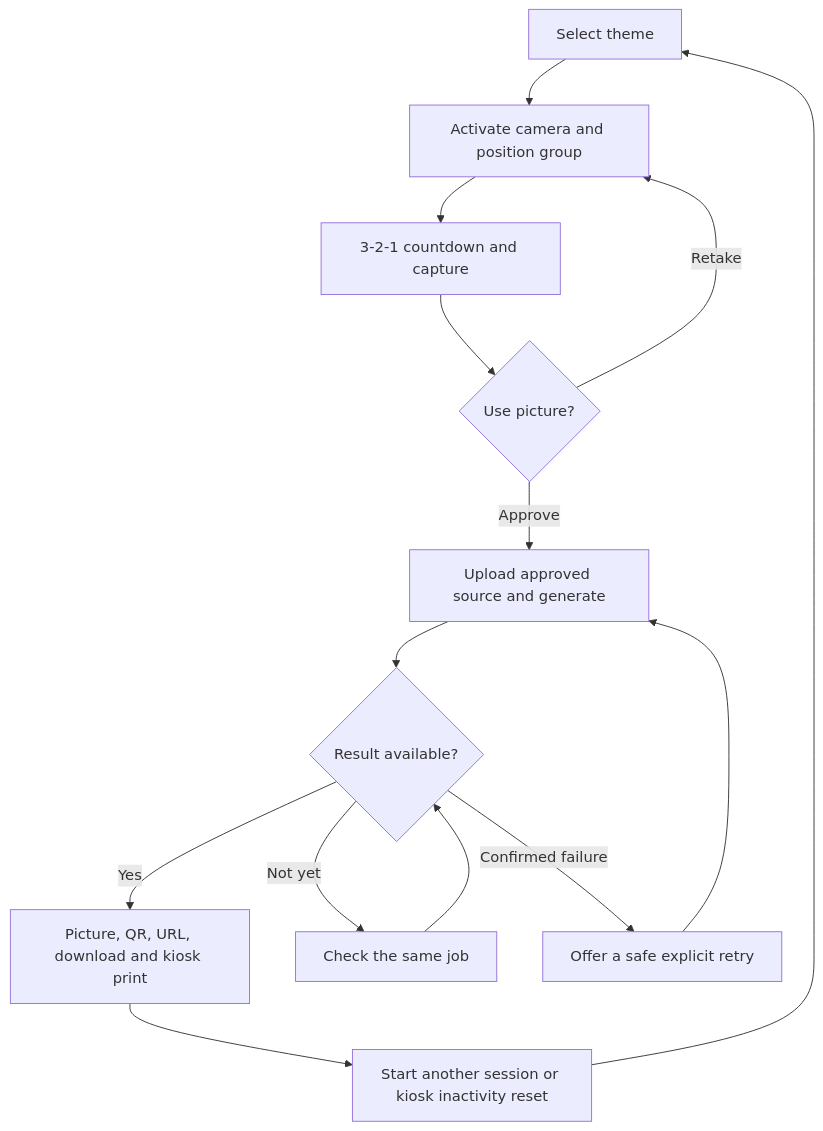
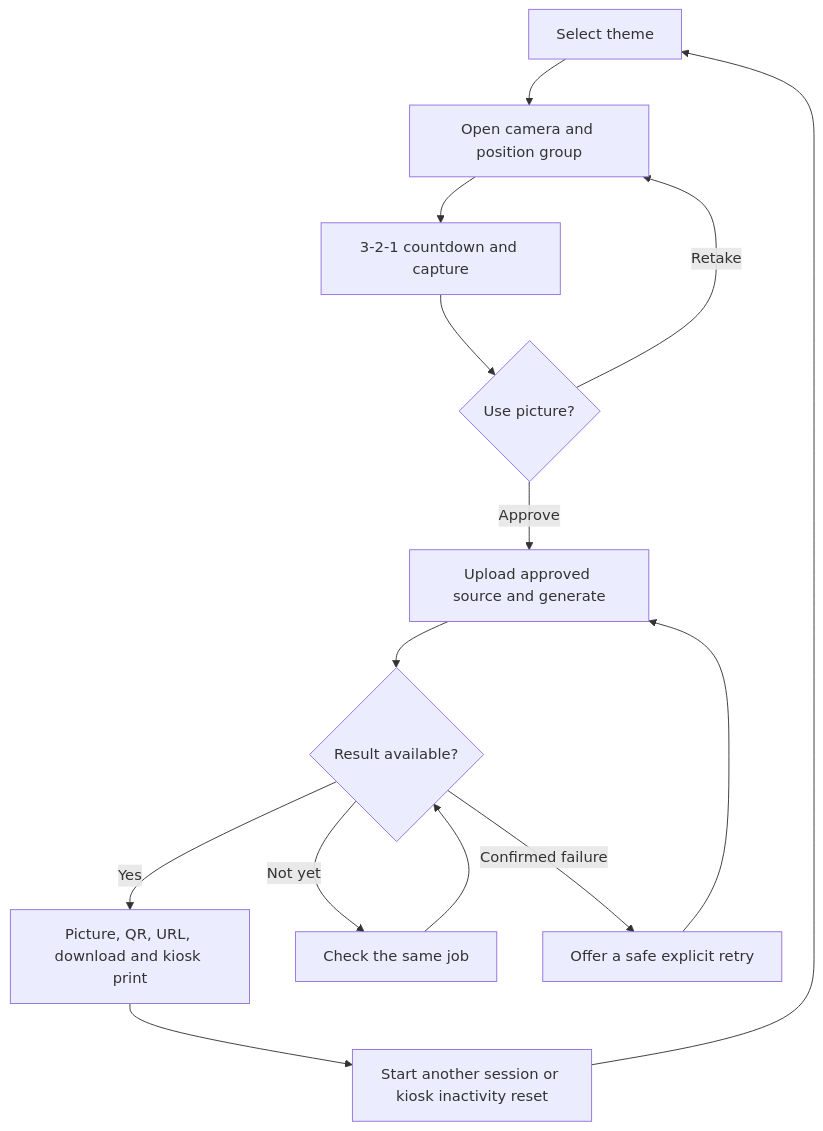
Before and after one commit to JosteinSandKjellsen/bouvet-team-photobooth: the diagram in docs/implementation-plan.md, drawn with Mermaid. The commit also changed other lines of this file and 10 other files, not shown here.

````diff
--- a/docs/implementation-plan.md
+++ b/docs/implementation-plan.md
@@ -140,16 +140,16 @@
 ```mermaid
 flowchart TD
-    Theme[Select theme] --> Camera[Activate camera and position group]
+    Theme[Select theme] --> Camera[Open camera and position group]
     Camera --> Countdown[3-2-1 countdown and capture]
     Countdown --> Review{Use picture?}
     Review -- Retake --> Camera
     Review -- Approve --> Generate[Upload approved source and generate]
     Generate --> Outcome{Result available?}
     Outcome -- Yes --> Photo[Picture, QR, URL, download and kiosk print]
     Outcome -- Not yet --> Status[Check the same job]
     Status --> Outcome
     Outcome -- Confirmed failure --> Retry[Offer a safe explicit retry]
     Retry --> Generate
     Photo --> Restart[Start another session or kiosk inactivity reset]
     Restart --> Theme
 ```
````
